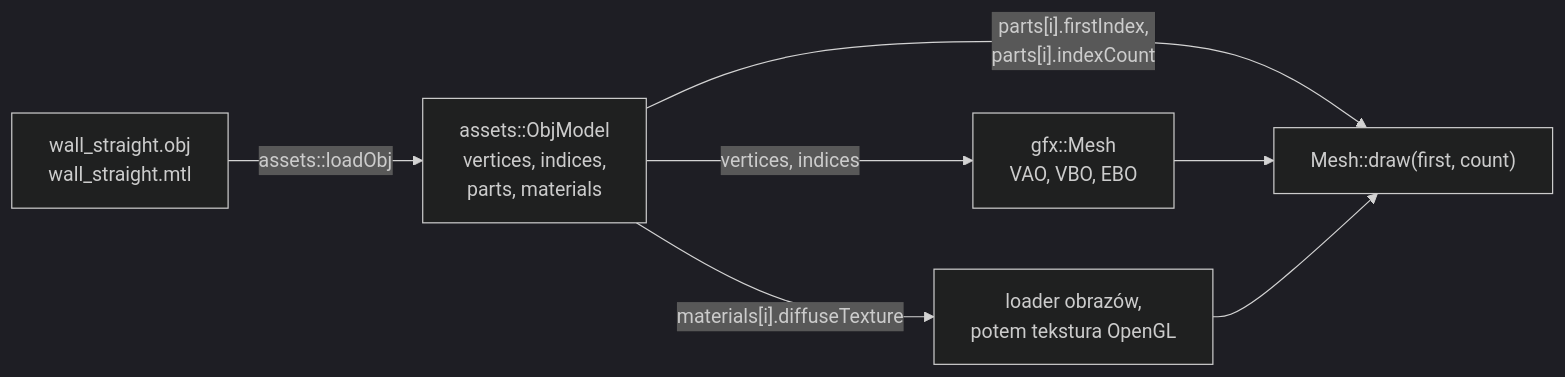
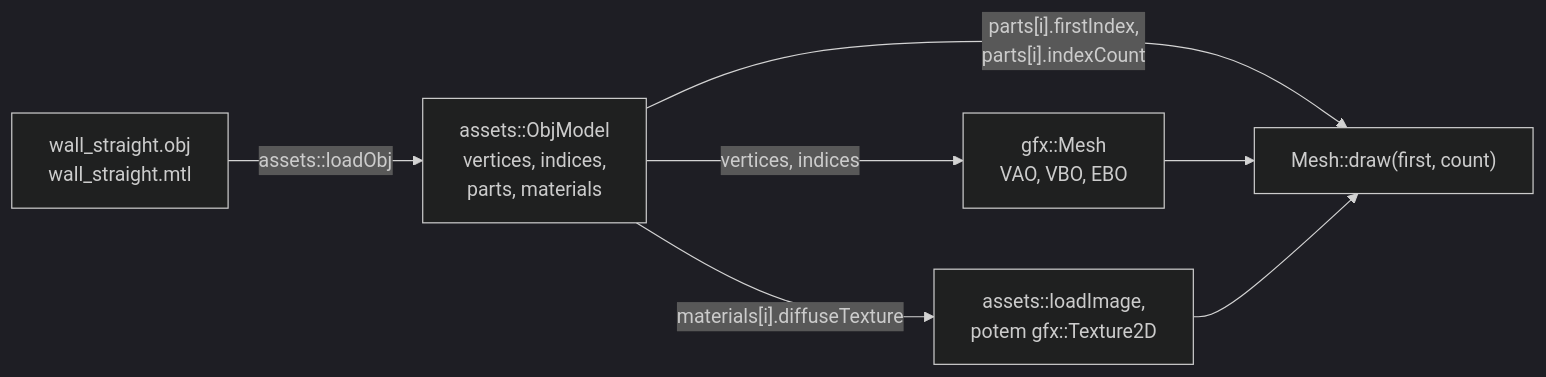
One commit to Shironex/night-maze changed the diagram in docs/modules/assets/obj-loader.md. Above: the diagram before and after it, drawn with Mermaid (dark theme). The commit also changed other lines of this file and 7 other files, not shown here.

````diff
--- a/docs/modules/assets/obj-loader.md
+++ b/docs/modules/assets/obj-loader.md
@@ -236,9 +236,9 @@
 ```mermaid
 flowchart LR
     F["wall_straight.obj<br/>wall_straight.mtl"] -->|"assets::loadObj"| M["assets::ObjModel<br/>vertices, indices,<br/>parts, materials"]
     M -->|"vertices, indices"| G["gfx::Mesh<br/>VAO, VBO, EBO"]
-    M -->|"materials[i].diffuseTexture"| T["loader obrazów,<br/>potem tekstura OpenGL"]
+    M -->|"materials[i].diffuseTexture"| T["assets::loadImage,<br/>potem gfx::Texture2D"]
     M -->|"parts[i].firstIndex,<br/>parts[i].indexCount"| D["Mesh::draw(first, count)"]
     G --> D
     T --> D
 ```
````
